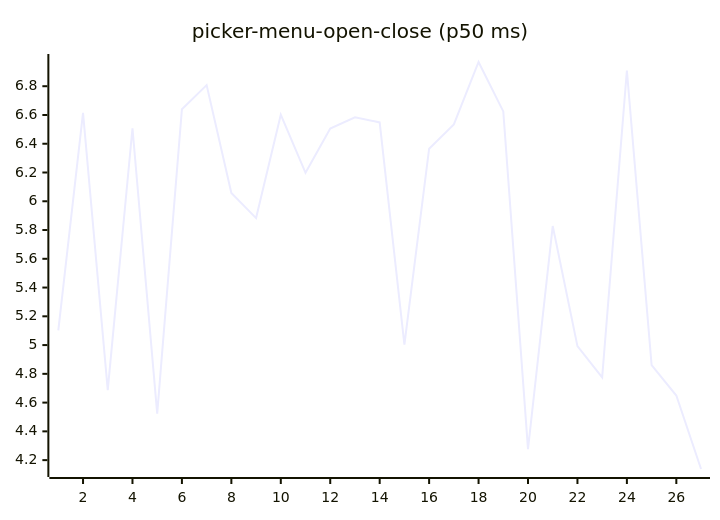
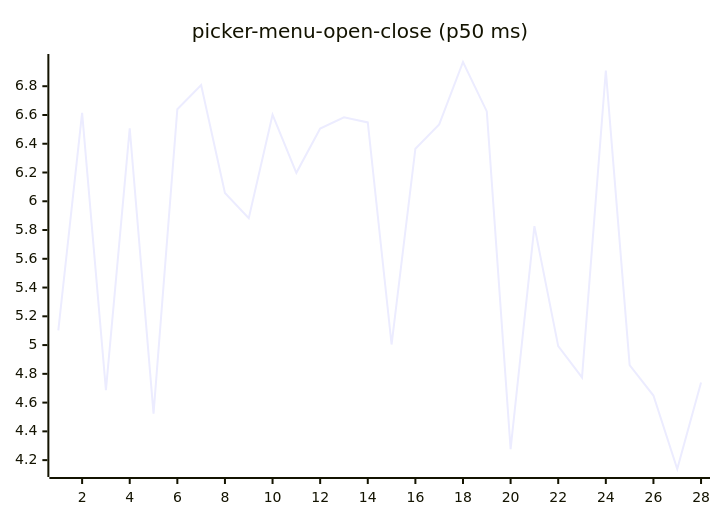
Before and after one commit to josha/Facet: diagram 16 of 27 in README.md, drawn with Mermaid. The commit also changed other lines of this file and 2 other files, not shown here.

````diff
--- a/README.md
+++ b/README.md
@@ -168,6 +168,6 @@
 ```mermaid
 xychart-beta
     title "picker-menu-open-close (p50 ms)"
-    x-axis 1 --> 27
-    line [5.1020, 6.6154, 4.6873, 6.5076, 4.5232, 6.6400, 6.8077, 6.0581, 5.8829, 6.6018, 6.1978, 6.5053, 6.5840, 6.5483, 5.0039, 6.3653, 6.5343, 6.9684, 6.6249, 4.2762, 5.8275, 4.9929, 4.7749, 6.9094, 4.8605, 4.6493, 4.1383]
+    x-axis 1 --> 28
+    line [5.1020, 6.6154, 4.6873, 6.5076, 4.5232, 6.6400, 6.8077, 6.0581, 5.8829, 6.6018, 6.1978, 6.5053, 6.5840, 6.5483, 5.0039, 6.3653, 6.5343, 6.9684, 6.6249, 4.2762, 5.8275, 4.9929, 4.7749, 6.9094, 4.8605, 4.6493, 4.1383, 4.7397]
 ```
````
